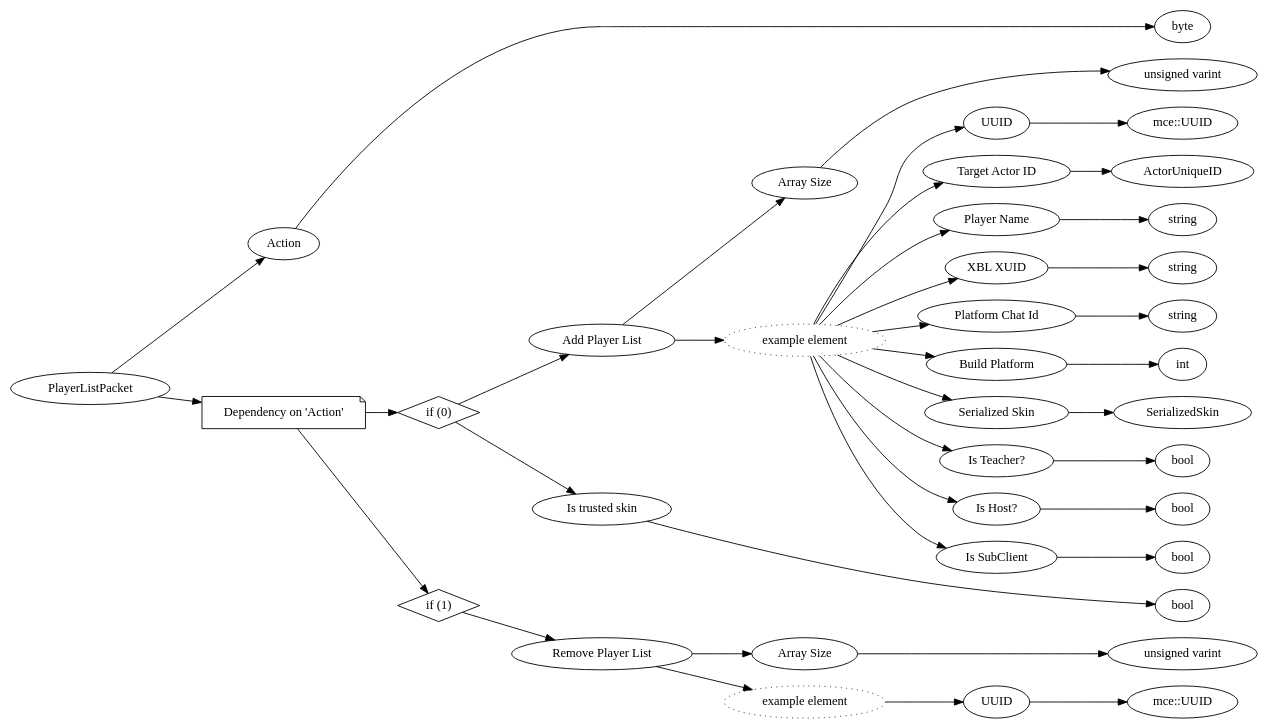
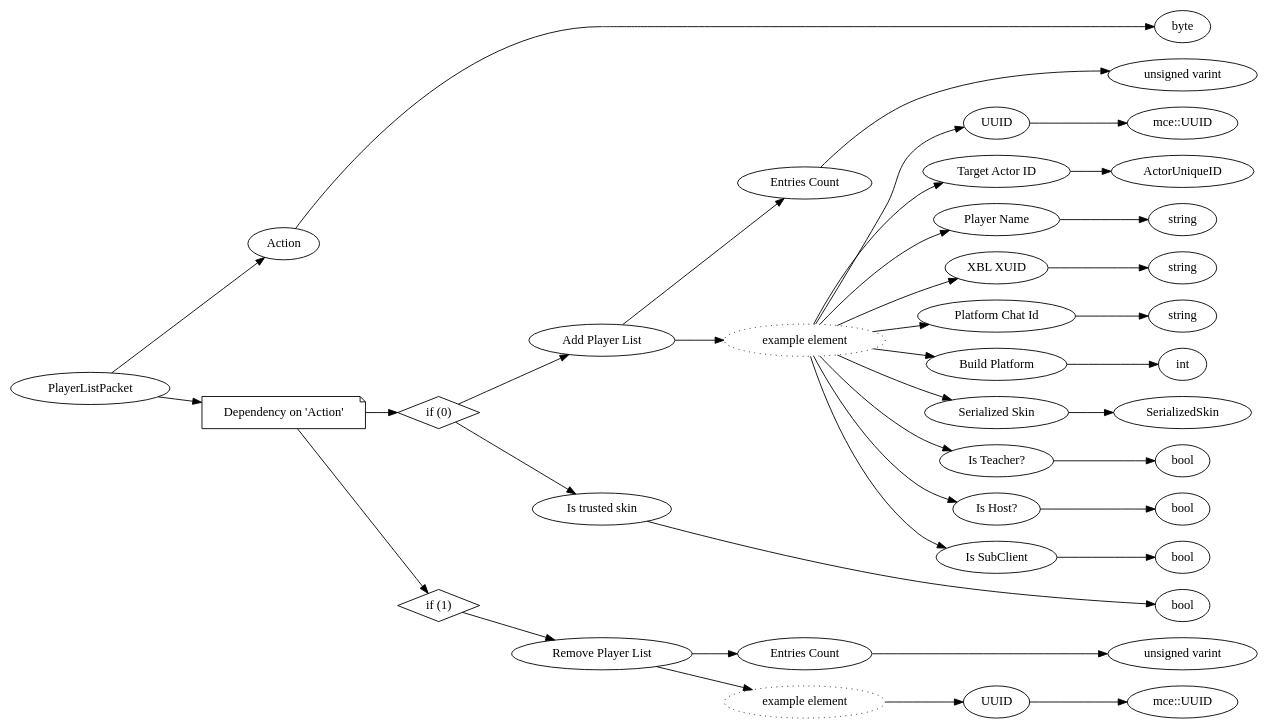
One commit to Mojang/bedrock-protocol-docs changed the diagram in dot/PlayerListPacket.dot. Above: the diagram before and after it, drawn with Graphviz. The commit also changed 39 other files, not shown here.

```diff
--- a/dot/PlayerListPacket.dot
+++ b/dot/PlayerListPacket.dot
@@ -1,82 +1,82 @@
 digraph "PlayerListPacket" {
 rankdir = LR
 0
 0 -> 1
 1 -> 2
 0 -> 3
 3 -> 4
 4 -> 5
 5 -> 6
 6 -> 7
 5 -> 8
 8 -> 9
 9 -> 10
 8 -> 11
 11 -> 12
 8 -> 13
 13 -> 14
 8 -> 15
 15 -> 16
 8 -> 17
 17 -> 18
 8 -> 19
 19 -> 20
 8 -> 21
 21 -> 113
 8 -> 114
 114 -> 115
 8 -> 116
 116 -> 117
 8 -> 118
 118 -> 119
 4 -> 120
 120 -> 121
 3 -> 122
 122 -> 123
 123 -> 124
 124 -> 125
 123 -> 126
 126 -> 127
 127 -> 128
 
 0 [label="PlayerListPacket",comment="name: \"PlayerListPacket\", typeName: \"\", id: 0, branchId: 63, recurseId: -1, attributes: 0, notes: \"\""];
 1 [label="Action",comment="name: \"Action\", typeName: \"\", id: 1, branchId: 0, recurseId: -1, attributes: 0, notes: \"\""];
 2 [label="byte",comment="name: \"byte\", typeName: \"\", id: 2, branchId: 0, recurseId: -1, attributes: 512, notes: \"\""];
 3 [label="Dependency on 'Action'",shape=note,comment="name: \"Dependency on 'Action'\", typeName: \"\", id: 3, branchId: 0, recurseId: -1, attributes: 2, notes: \"\""];
 4 [label="if (0)",shape=diamond,comment="name: \"if (0)\", typeName: \"\", id: 4, branchId: 0, recurseId: -1, attributes: 4, notes: \"\""];
 5 [label="Add Player List",comment="name: \"Add Player List\", typeName: \"\", id: 5, branchId: 0, recurseId: -1, attributes: 8, notes: \"\""];
-6 [label="Array Size",comment="name: \"Array Size\", typeName: \"\", id: 6, branchId: 0, recurseId: -1, attributes: 0, notes: \"\""];
+6 [label="Entries Count",comment="name: \"Entries Count\", typeName: \"\", id: 6, branchId: 0, recurseId: -1, attributes: 0, notes: \"\""];
 7 [label="unsigned varint",comment="name: \"unsigned varint\", typeName: \"\", id: 7, branchId: 0, recurseId: -1, attributes: 512, notes: \"\""];
 8 [label="example element",style=dotted,comment="name: \"example element\", typeName: \"\", id: 8, branchId: 0, recurseId: -1, attributes: 16, notes: \"\""];
 9 [label="UUID",comment="name: \"UUID\", typeName: \"mce::UUID\", id: 9, branchId: 0, recurseId: -1, attributes: 256, notes: \"\""];
 10 [label="mce::UUID",comment="name: \"mce::UUID\", typeName: \"\", id: 10, branchId: 0, recurseId: -1, attributes: 512, notes: \"\""];
 11 [label="Target Actor ID",comment="name: \"Target Actor ID\", typeName: \"ActorUniqueID\", id: 11, branchId: 0, recurseId: -1, attributes: 256, notes: \"\""];
 12 [label="ActorUniqueID",comment="name: \"ActorUniqueID\", typeName: \"\", id: 12, branchId: 0, recurseId: -1, attributes: 512, notes: \"\""];
 13 [label="Player Name",comment="name: \"Player Name\", typeName: \"\", id: 13, branchId: 0, recurseId: -1, attributes: 0, notes: \"\""];
 14 [label="string",comment="name: \"string\", typeName: \"\", id: 14, branchId: 0, recurseId: -1, attributes: 512, notes: \"\""];
 15 [label="XBL XUID",comment="name: \"XBL XUID\", typeName: \"\", id: 15, branchId: 0, recurseId: -1, attributes: 0, notes: \"\""];
 16 [label="string",comment="name: \"string\", typeName: \"\", id: 16, branchId: 0, recurseId: -1, attributes: 512, notes: \"\""];
 17 [label="Platform Chat Id",comment="name: \"Platform Chat Id\", typeName: \"\", id: 17, branchId: 0, recurseId: -1, attributes: 0, notes: \"\""];
 18 [label="string",comment="name: \"string\", typeName: \"\", id: 18, branchId: 0, recurseId: -1, attributes: 512, notes: \"\""];
 19 [label="Build Platform",comment="name: \"Build Platform\", typeName: \"\", id: 19, branchId: 0, recurseId: -1, attributes: 0, notes: \"\""];
 20 [label="int",comment="name: \"int\", typeName: \"\", id: 20, branchId: 0, recurseId: -1, attributes: 512, notes: \"\""];
 21 [label="Serialized Skin",comment="name: \"Serialized Skin\", typeName: \"SerializedSkin\", id: 21, branchId: 0, recurseId: -1, attributes: 256, notes: \"\""];
 113 [label="SerializedSkin",comment="name: \"SerializedSkin\", typeName: \"\", id: 113, branchId: 0, recurseId: -1, attributes: 512, notes: \"\""];
 114 [label="Is Teacher?",comment="name: \"Is Teacher?\", typeName: \"\", id: 114, branchId: 0, recurseId: -1, attributes: 0, notes: \"\""];
 115 [label="bool",comment="name: \"bool\", typeName: \"\", id: 115, branchId: 0, recurseId: -1, attributes: 512, notes: \"\""];
 116 [label="Is Host?",comment="name: \"Is Host?\", typeName: \"\", id: 116, branchId: 0, recurseId: -1, attributes: 0, notes: \"\""];
 117 [label="bool",comment="name: \"bool\", typeName: \"\", id: 117, branchId: 0, recurseId: -1, attributes: 512, notes: \"\""];
 118 [label="Is SubClient",comment="name: \"Is SubClient\", typeName: \"\", id: 118, branchId: 0, recurseId: -1, attributes: 0, notes: \"\""];
 119 [label="bool",comment="name: \"bool\", typeName: \"\", id: 119, branchId: 0, recurseId: -1, attributes: 512, notes: \"\""];
 120 [label="Is trusted skin",comment="name: \"Is trusted skin\", typeName: \"\", id: 120, branchId: 0, recurseId: -1, attributes: 0, notes: \"\""];
 121 [label="bool",comment="name: \"bool\", typeName: \"\", id: 121, branchId: 0, recurseId: -1, attributes: 512, notes: \"\""];
 122 [label="if (1)",shape=diamond,comment="name: \"if (1)\", typeName: \"\", id: 122, branchId: 1, recurseId: -1, attributes: 4, notes: \"\""];
 123 [label="Remove Player List",comment="name: \"Remove Player List\", typeName: \"\", id: 123, branchId: 0, recurseId: -1, attributes: 8, notes: \"\""];
-124 [label="Array Size",comment="name: \"Array Size\", typeName: \"\", id: 124, branchId: 0, recurseId: -1, attributes: 0, notes: \"\""];
+124 [label="Entries Count",comment="name: \"Entries Count\", typeName: \"\", id: 124, branchId: 0, recurseId: -1, attributes: 0, notes: \"\""];
 125 [label="unsigned varint",comment="name: \"unsigned varint\", typeName: \"\", id: 125, branchId: 0, recurseId: -1, attributes: 512, notes: \"\""];
 126 [label="example element",style=dotted,comment="name: \"example element\", typeName: \"\", id: 126, branchId: 0, recurseId: -1, attributes: 16, notes: \"\""];
 127 [label="UUID",comment="name: \"UUID\", typeName: \"mce::UUID\", id: 127, branchId: 0, recurseId: -1, attributes: 256, notes: \"\""];
 128 [label="mce::UUID",comment="name: \"mce::UUID\", typeName: \"\", id: 128, branchId: 0, recurseId: -1, attributes: 512, notes: \"\""];
 { rank = max;2;7;10;12;14;16;18;20;113;115;117;119;121;125;128}
 
 }
```
